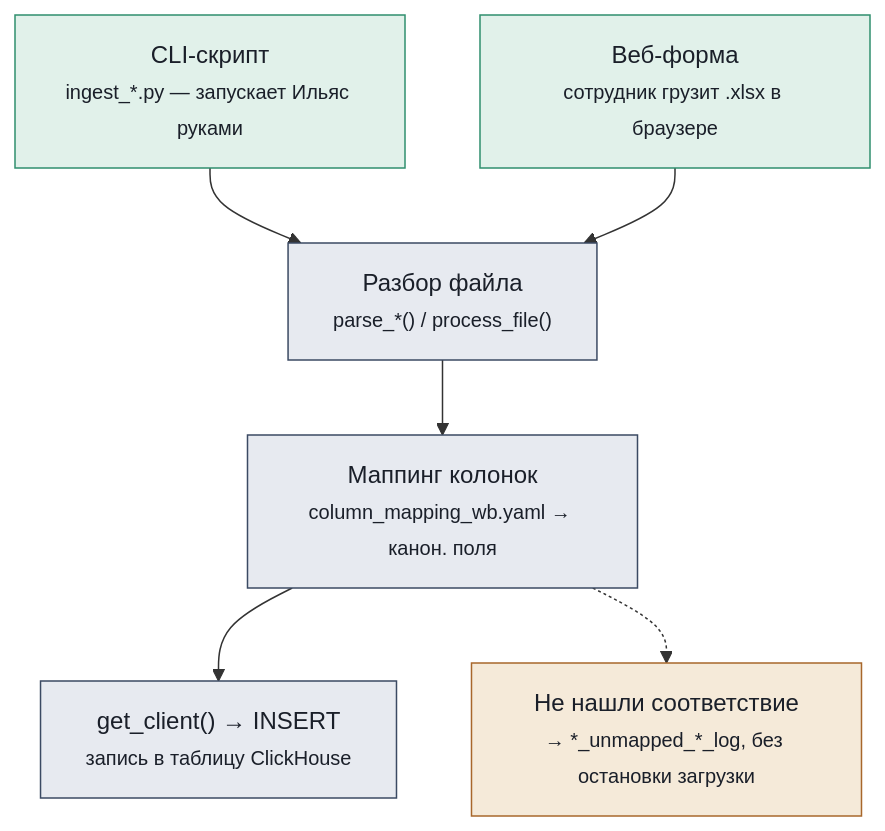
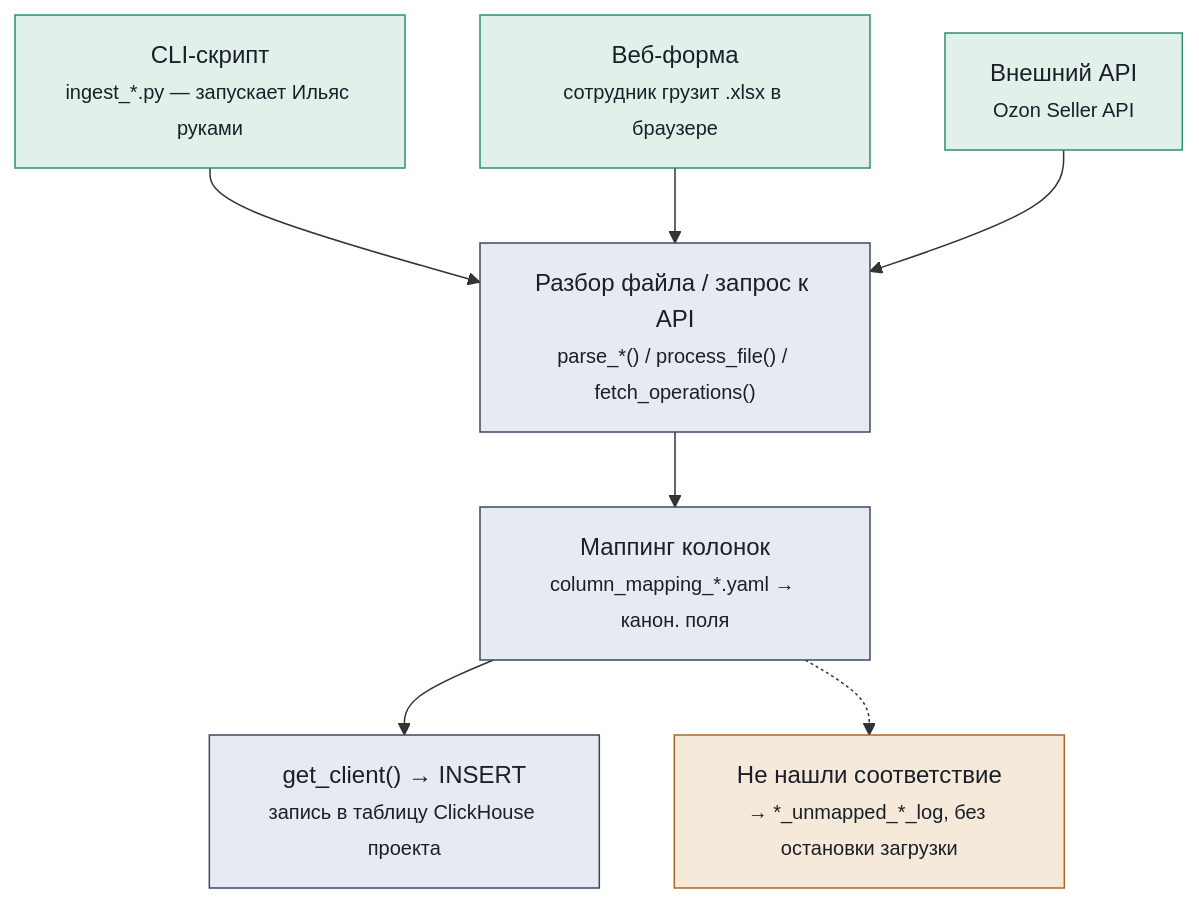
The first of 4 diagrams in docs/architecture-map.md (IGfinance/bf-analytics-platform), drawn with Mermaid before and after one commit. The commit also changed other lines of this file and 3 other files, not shown here.

````diff
--- a/docs/architecture-map.md
+++ b/docs/architecture-map.md
@@ -13,22 +13,25 @@
 ```mermaid
 flowchart TD
     CLI["CLI-скрипт<br/><small>ingest_*.py — запускает Ильяс руками</small>"]
     WEB["Веб-форма<br/><small>сотрудник грузит .xlsx в браузере</small>"]
-    PARSE["Разбор файла<br/><small>parse_*() / process_file()</small>"]
-    MAP["Маппинг колонок<br/><small>column_mapping_wb.yaml → канон. поля</small>"]
-    INS["get_client() → INSERT<br/><small>запись в таблицу ClickHouse</small>"]
+    API["Внешний API<br/><small>Ozon Seller API</small>"]
+    PARSE["Разбор файла / запрос к API<br/><small>parse_*() / process_file() / fetch_operations()</small>"]
+    MAP["Маппинг колонок<br/><small>column_mapping_*.yaml → канон. поля</small>"]
+    INS["get_client() → INSERT<br/><small>запись в таблицу ClickHouse проекта</small>"]
     LOG["Не нашли соответствие<br/><small>→ *_unmapped_*_log, без остановки загрузки</small>"]
 
     CLI --> PARSE
     WEB --> PARSE
+    API --> PARSE
     PARSE --> MAP
     MAP --> INS
     MAP -.-> LOG
 
     style CLI fill:#e1f1ea,stroke:#2f8f6e,color:#1a1f29
     style WEB fill:#e1f1ea,stroke:#2f8f6e,color:#1a1f29
+    style API fill:#e1f1ea,stroke:#2f8f6e,color:#1a1f29
     style PARSE fill:#e7eaf0,stroke:#3b4a63,color:#1a1f29
     style MAP fill:#e7eaf0,stroke:#3b4a63,color:#1a1f29
     style INS fill:#e7eaf0,stroke:#3b4a63,color:#1a1f29
     style LOG fill:#f5ead9,stroke:#a8672b,color:#1a1f29
 ```
````
